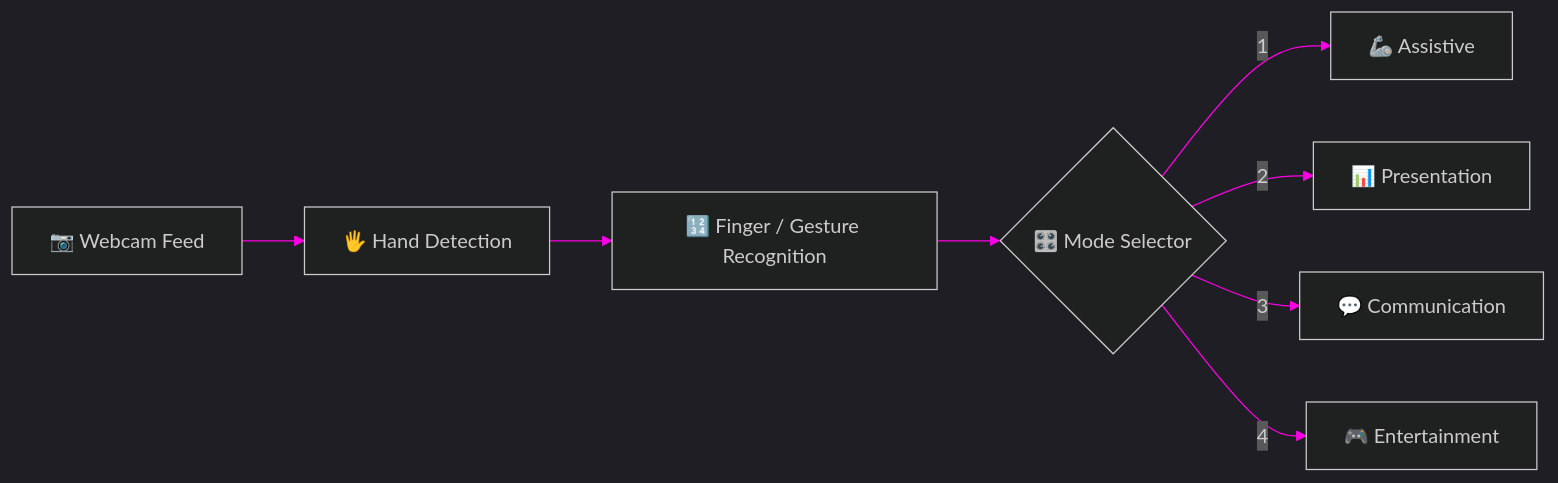
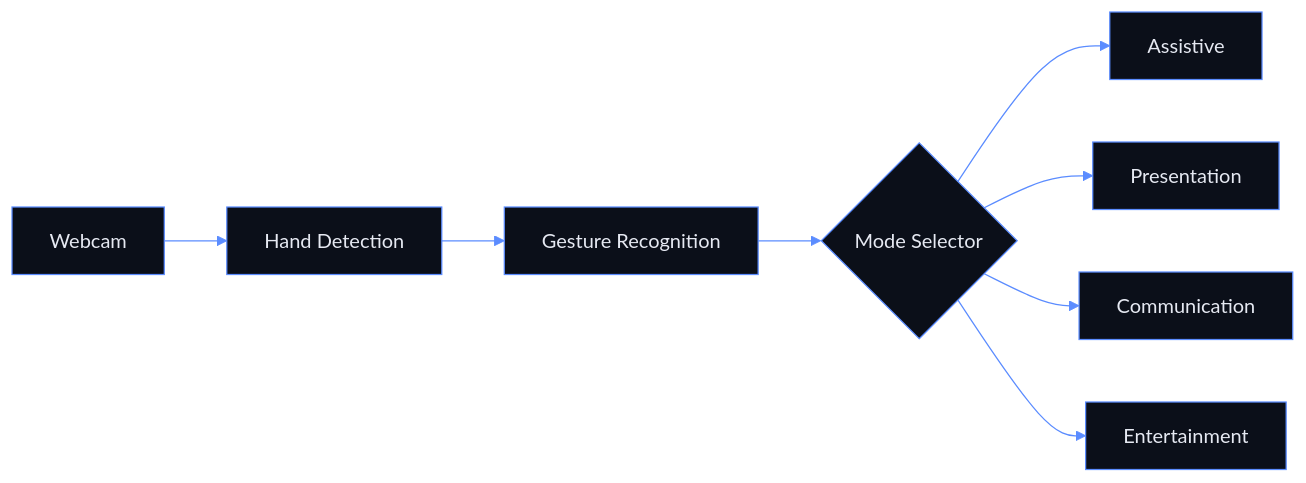
The diagram in README.md (thansee-r/ECHO), drawn with Mermaid before and after one commit. The commit also changed other lines of this file, not shown here.

````diff
--- a/README.md
+++ b/README.md
@@ -131,11 +158,11 @@
 ```mermaid
-%%{init: {'theme':'dark','themeVariables':{'primaryColor':'#1a0033','primaryBorderColor':'#00F0FF','lineColor':'#FF00E5','primaryTextColor':'#ffffff'}}}%%
+%%{init: {'theme':'base','themeVariables':{'primaryColor':'#0B0F19','primaryBorderColor':'#5B8CFF','primaryTextColor':'#E6E9F2','lineColor':'#5B8CFF','secondaryColor':'#151B2E','tertiaryColor':'#0B0F19','fontFamily':'Inter, sans-serif'}}}%%
 flowchart LR
-    A[📷 Webcam Feed] --> B[🖐️ Hand Detection]
-    B --> C[🔢 Finger / Gesture Recognition]
-    C --> D{🎛️ Mode Selector}
-    D -->|1| E[🦾 Assistive]
-    D -->|2| F[📊 Presentation]
-    D -->|3| G[💬 Communication]
-    D -->|4| H[🎮 Entertainment]
+    A[Webcam] --> B[Hand Detection]
+    B --> C[Gesture Recognition]
+    C --> D{Mode Selector}
+    D --> E[Assistive]
+    D --> F[Presentation]
+    D --> G[Communication]
+    D --> H[Entertainment]
 ```
````
